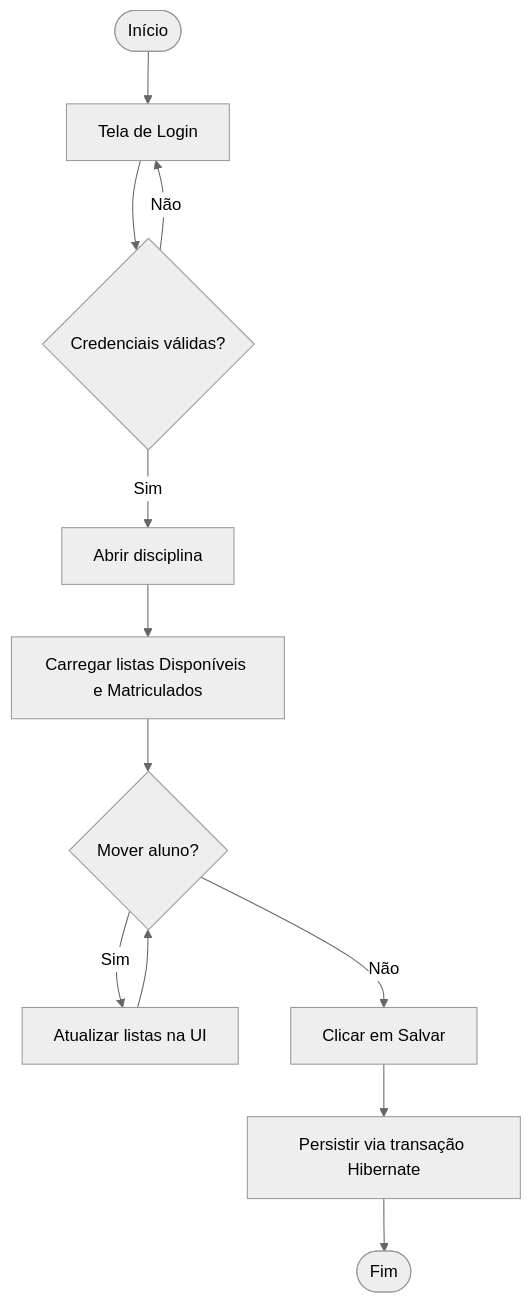
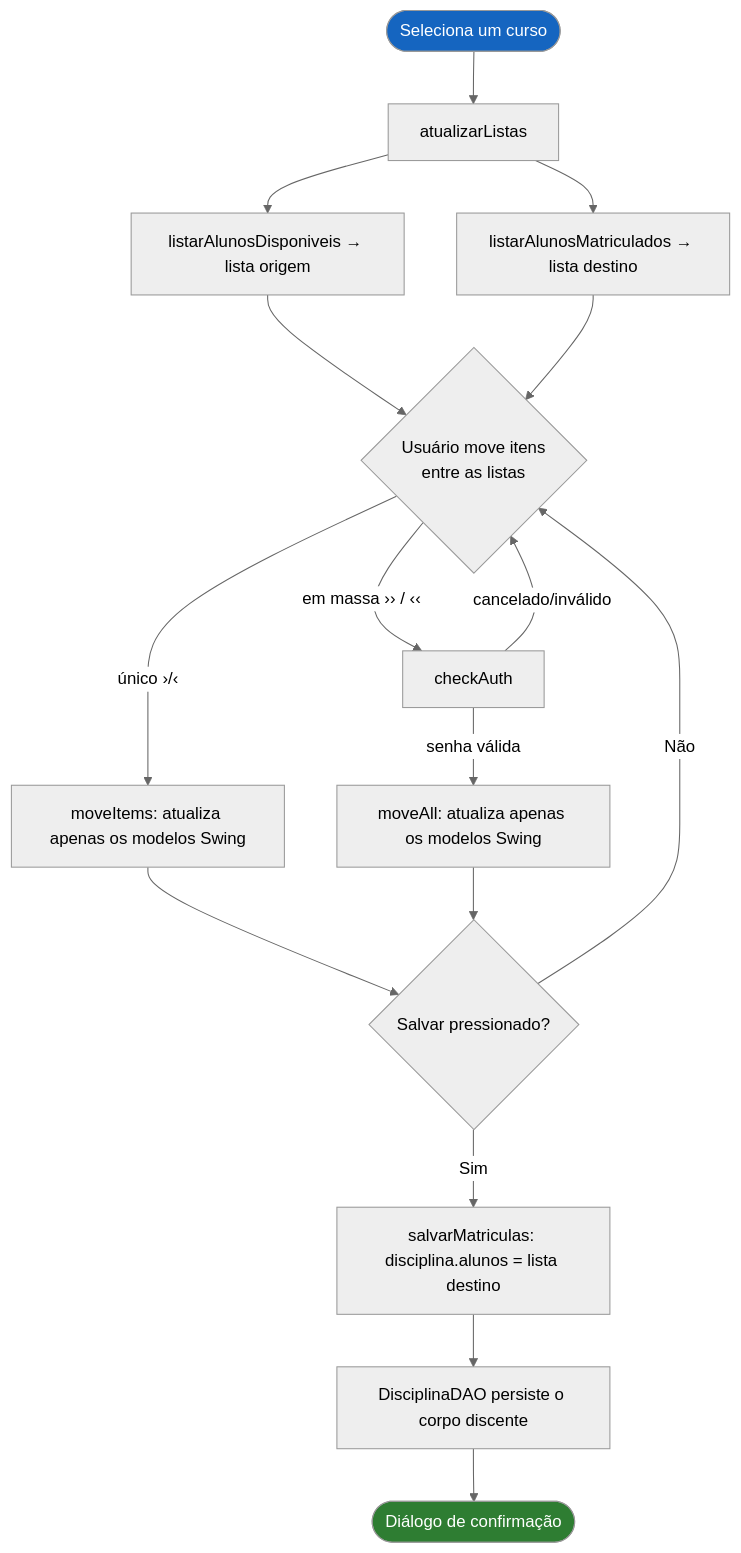
The fifth of 6 diagrams in README_PT.md (VictorHJesusSantiago/DualListHibernate), drawn with Mermaid (neutral theme) before and after one commit. The commit also changed other lines of this file and 1 other file, not shown here.

````diff
--- a/README_PT.md
+++ b/README_PT.md
@@ -521,14 +625,19 @@
 ```mermaid
 flowchart TD
-    A([Início]) --> B[Tela de Login]
-    B --> C{Credenciais válidas?}
-    C -- Não --> B
-    C -- Sim --> D[Abrir disciplina]
-    D --> E[Carregar listas Disponíveis e Matriculados]
-    E --> F{Mover aluno?}
-    F -- Sim --> G[Atualizar listas na UI]
-    G --> F
-    F -- Não --> H[Clicar em Salvar]
-    H --> I[Persistir via transação Hibernate]
-    I --> J([Fim])
+    A([Seleciona um curso]) --> B[atualizarListas]
+    B --> C[listarAlunosDisponiveis → lista origem]
+    B --> D[listarAlunosMatriculados → lista destino]
+    C & D --> E{Usuário move itens<br/>entre as listas}
+    E -->|único ›/‹| F[moveItems: atualiza apenas os modelos Swing]
+    E -->|em massa ›› / ‹‹| G[checkAuth]
+    G -->|senha válida| H[moveAll: atualiza apenas os modelos Swing]
+    G -->|cancelado/inválido| E
+    F & H --> I{Salvar pressionado?}
+    I -- Não --> E
+    I -- Sim --> J[salvarMatriculas: disciplina.alunos = lista destino]
+    J --> K[DisciplinaDAO persiste o corpo discente]
+    K --> L([Diálogo de confirmação])
+
+    style A fill:#1565C0,color:#fff
+    style L fill:#2E7D32,color:#fff
 ```
````
